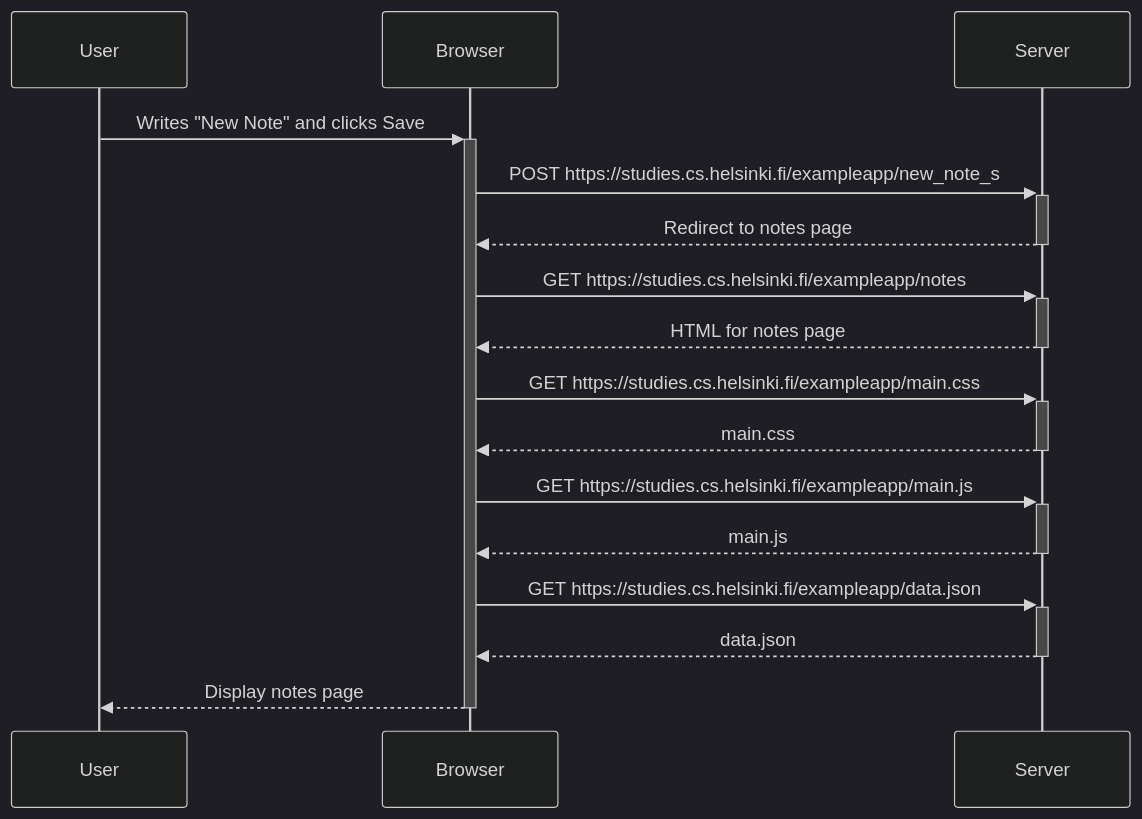
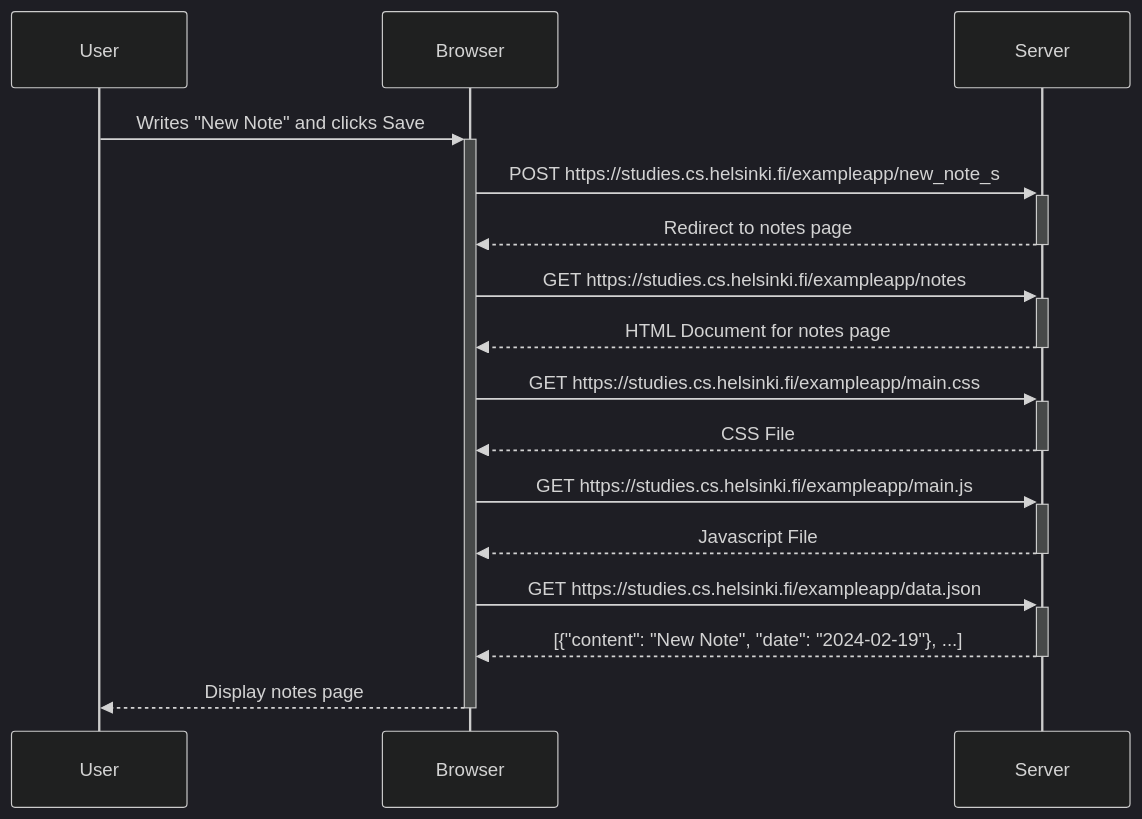
Before and after one commit to MitchBBDP/FullStackOpen_Exercises: the diagram in part0/0.4/new_note_diagram.md, drawn with Mermaid (dark theme). The commit also changed 2 other files, not shown here.

Commit message:
Added exercise 0.5

````diff
--- a/part0/0.4/new_note_diagram.md
+++ b/part0/0.4/new_note_diagram.md
@@ -1,19 +1,19 @@
 ```mermaid
 sequenceDiagram
     participant User as User
     participant Browser as Browser
     participant Server as Server
 
     User->>+Browser: Writes "New Note" and clicks Save
     Browser->>+Server: POST https://studies.cs.helsinki.fi/exampleapp/new_note_s
     Server-->>-Browser: Redirect to notes page
     Browser->>+Server: GET https://studies.cs.helsinki.fi/exampleapp/notes
-    Server-->>-Browser: HTML for notes page
+    Server-->>-Browser: HTML Document for notes page
     Browser->>+Server: GET https://studies.cs.helsinki.fi/exampleapp/main.css
-    Server-->>-Browser: main.css
+    Server-->>-Browser: CSS File
     Browser->>+Server: GET https://studies.cs.helsinki.fi/exampleapp/main.js
-    Server-->>-Browser: main.js
+    Server-->>-Browser: Javascript File
     Browser->>+Server: GET https://studies.cs.helsinki.fi/exampleapp/data.json
-    Server-->>-Browser: data.json
+    Server-->>-Browser: [{"content": "New Note", "date": "2024-02-19"}, ...]
     Browser-->>-User: Display notes page
 ```
````
